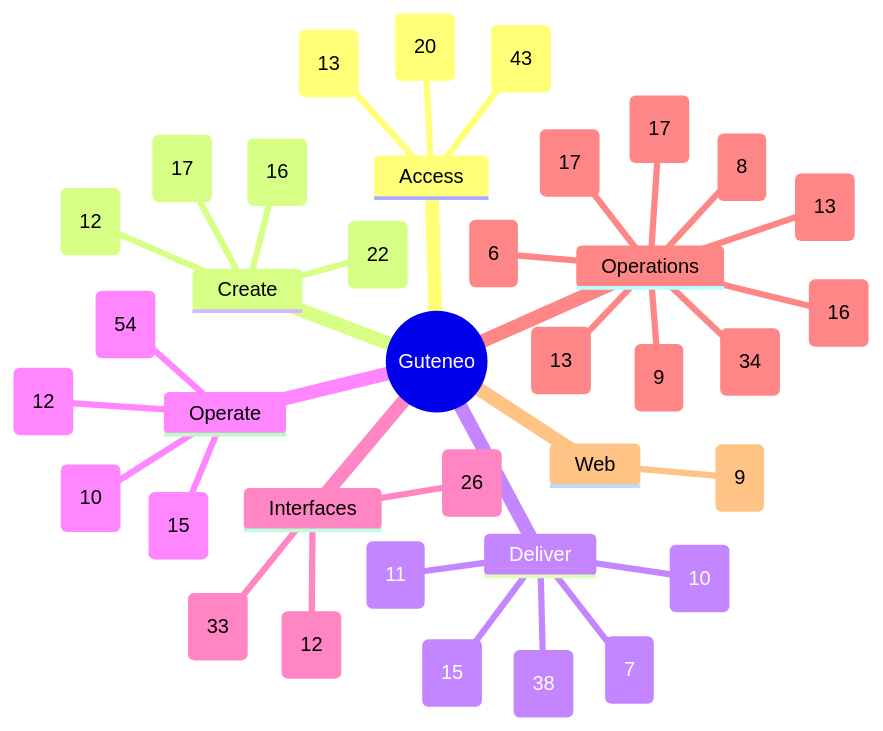
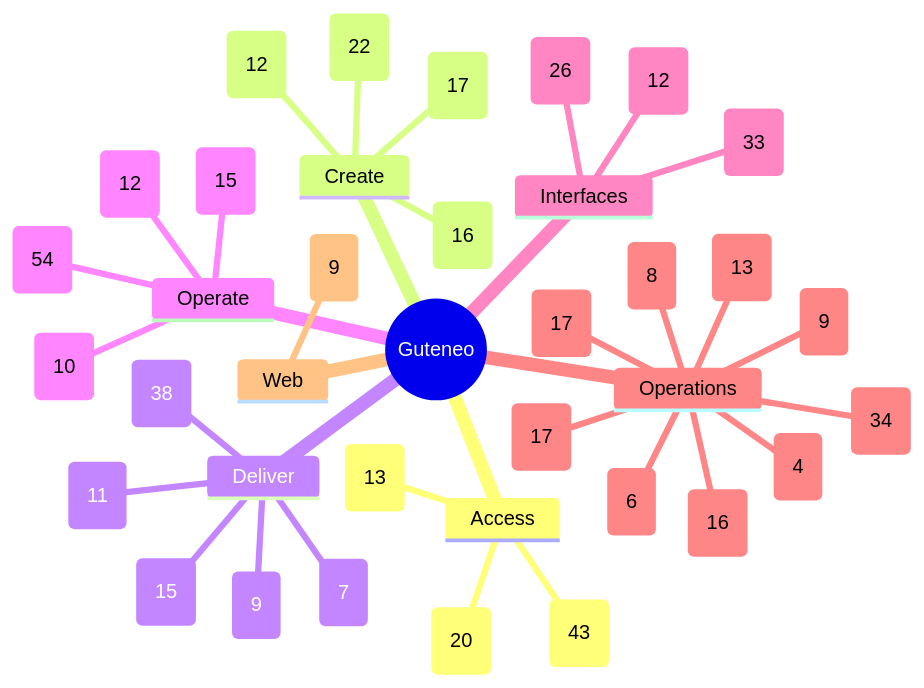
Before and after one commit to nclsppr/guteneo: the diagram in docs/FEATURE_MAP.md, drawn with Mermaid. The commit also changed other lines of this file and 116 other files, not shown here.

````diff
--- a/docs/FEATURE_MAP.md
+++ b/docs/FEATURE_MAP.md
@@ -13,40 +13,40 @@
 ```mermaid
 mindmap
   root((Guteneo))
     Access
       Access and identity (43)
       Team and responsibilities (13)
       Workspace administration and reports (20)
     Create
       Documents and protection (22)
       Template studio (16)
       Data and mappings (12)
       PDF generation and distribution (17)
     Deliver
-      Fax (10)
+      Fax (9)
       Postal mail (11)
       Email and protected links (15)
       Sensitive distribution and personal documents (38)
       Dispatch dry run (7)
     Operate
       Campaigns and tracking (15)
       Credits and billing (10)
       Workspace layout and browser appearance (54)
       PDF verification (12)
     Interfaces
       Assistants and API (33)
       iPhone and iPad (12)
       Public pages, languages and appearance (26)
     Operations
       Reviewer OAuth qualification (9)
       Operations and reliability (34)
       Belvédère platform oversight (17)
       Public service status (16)
       Engineering documentation (13)
       Codex Cloud development (8)
       Continuous reviewer preparation (6)
-      Automatic fax tariff maintenance (13)
+      Automatic fax tariff maintenance (4)
       Consumed provider freshness and preventive deadline actions (17)
     Web
       Gare browser experience (9)
 ```
````
